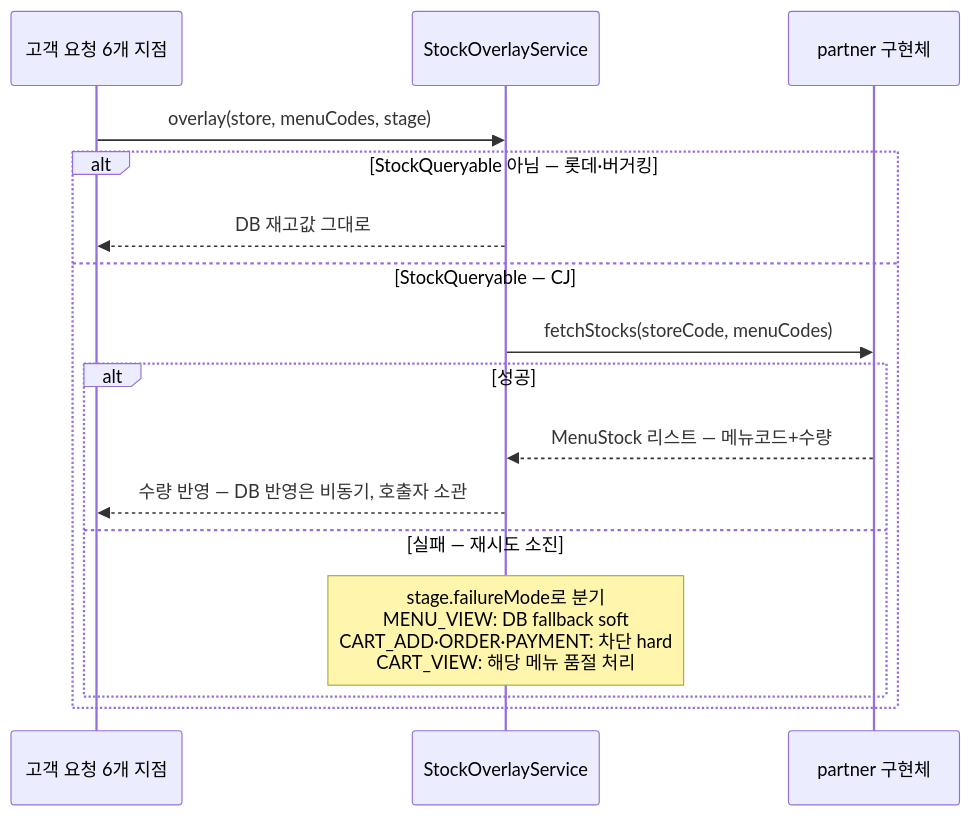
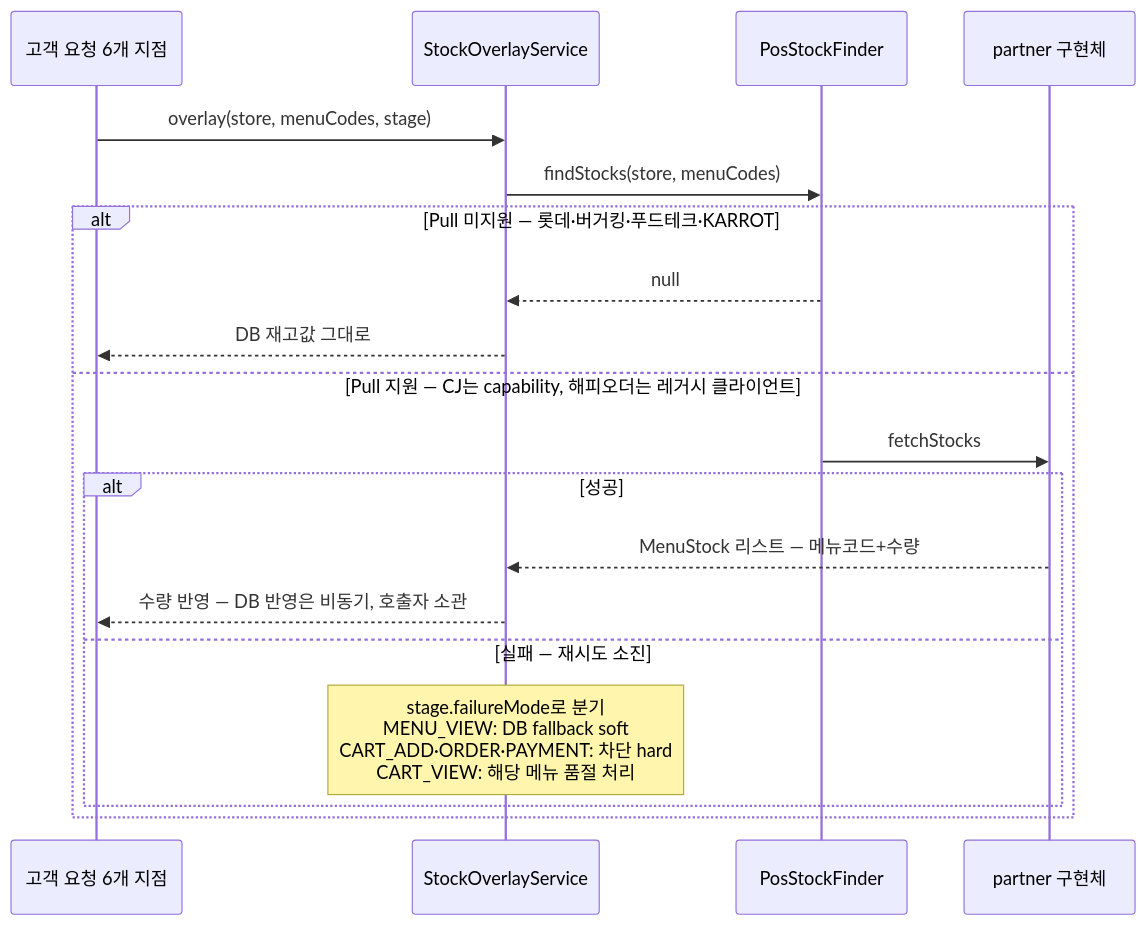
One commit to BokDoong/direct-connect-pos changed the third of 4 diagrams in docs/04-to-be-architecture.md. Above: the diagram before and after it, drawn with Mermaid. The commit also changed other lines of this file and 3 other files, not shown here.

````diff
--- a/docs/04-to-be-architecture.md
+++ b/docs/04-to-be-architecture.md
@@ -212,19 +232,22 @@
 ```mermaid
 sequenceDiagram
     participant C as 고객 요청 6개 지점
     participant SOS as StockOverlayService
+    participant PSF as PosStockFinder
     participant P as partner 구현체
 
     C->>SOS: overlay(store, menuCodes, stage)
-    alt StockQueryable 아님 — 롯데·버거킹
+    SOS->>PSF: findStocks(store, menuCodes)
+    alt Pull 미지원 — 롯데·버거킹·푸드테크·KARROT
+        PSF-->>SOS: null
         SOS-->>C: DB 재고값 그대로
-    else StockQueryable — CJ
-        SOS->>P: fetchStocks(storeCode, menuCodes)
+    else Pull 지원 — CJ는 capability, 해피오더는 레거시 클라이언트
+        PSF->>P: fetchStocks
         alt 성공
             P-->>SOS: MenuStock 리스트 — 메뉴코드+수량
             SOS-->>C: 수량 반영 — DB 반영은 비동기, 호출자 소관
         else 실패 — 재시도 소진
             Note over SOS: stage.failureMode로 분기<br/>MENU_VIEW: DB fallback soft<br/>CART_ADD·ORDER·PAYMENT: 차단 hard<br/>CART_VIEW: 해당 메뉴 품절 처리
         end
     end
 ```
````
